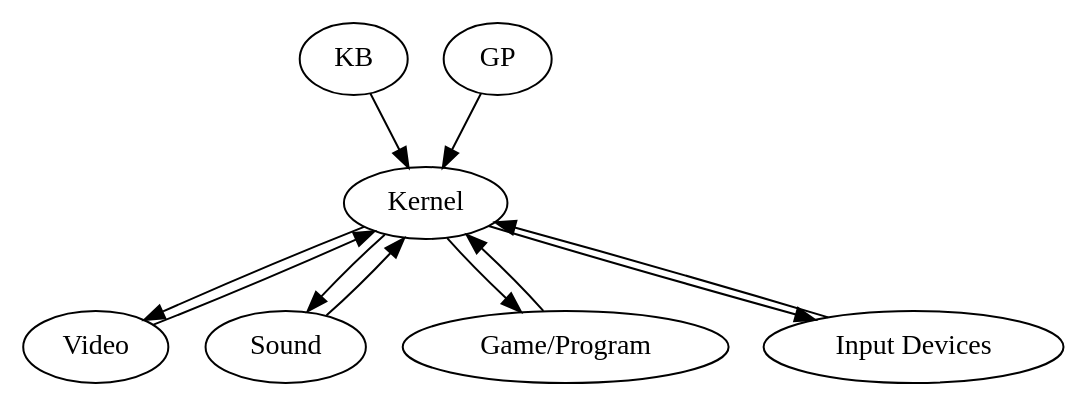
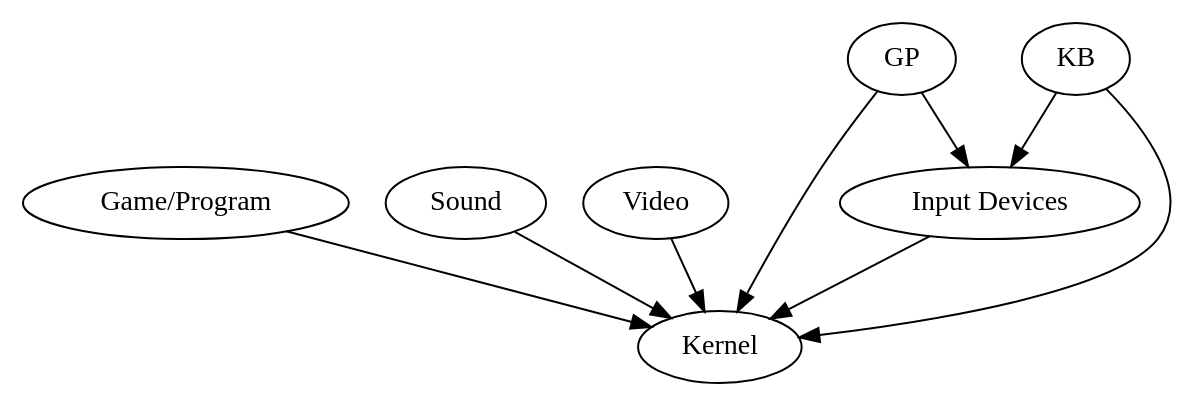
Before and after one commit to Ichimonji10/phoenix: the diagram in doc/top_level_design.dot, drawn with Graphviz. The commit also changed 2 other files, not shown here.

Commit message:
Add image to 'top_level_design.md'.
Also give several .dot files more fitting names.

```diff
--- a/doc/top_level_design.dot
+++ b/doc/top_level_design.dot
@@ -1,29 +1,31 @@
 // To compile this graph into an SVG image, type:
 //
 //     dot -Tsvg -o top_level_design.svg top_level_design.dot
 //
 // Dot is also capable of generating other file types, such as .png and .ps
 // files.
-digraph top_level_design {
+digraph top_level_design_2 {
     component_0 [label="Kernel"]
-    component_1 [label="Video"]
+    component_1 [label="Game/Program"]
     component_2 [label="Sound"]
-    component_3 [label="Game/Program"]
+    component_3 [label="Video"]
     component_4 [label="Input Devices"]
-    component_5 [label="KB"]
-    component_6 [label="GP"]
+    component_5 [label="GP"]
+    component_6 [label="KB"]
 
-    // Kernel points at...
-    component_0 -> component_1
-    component_0 -> component_2
-    component_0 -> component_3
-    component_0 -> component_4
-
-    // Kernel is pointed at by...
+    // What points at Kernel?
     component_1 -> component_0
     component_2 -> component_0
     component_3 -> component_0
     component_4 -> component_0
     component_5 -> component_0
     component_6 -> component_0
+
+    // What points at Input Devices?
+    component_5 -> component_4
+    component_6 -> component_4
+
+    // This is a hierarchical graph. What components have the same rank?
+    subgraph {rank=same; component_1 component_2 component_3 component_4;}
+    subgraph {rank=same; component_5 component_6;}
 }
```
